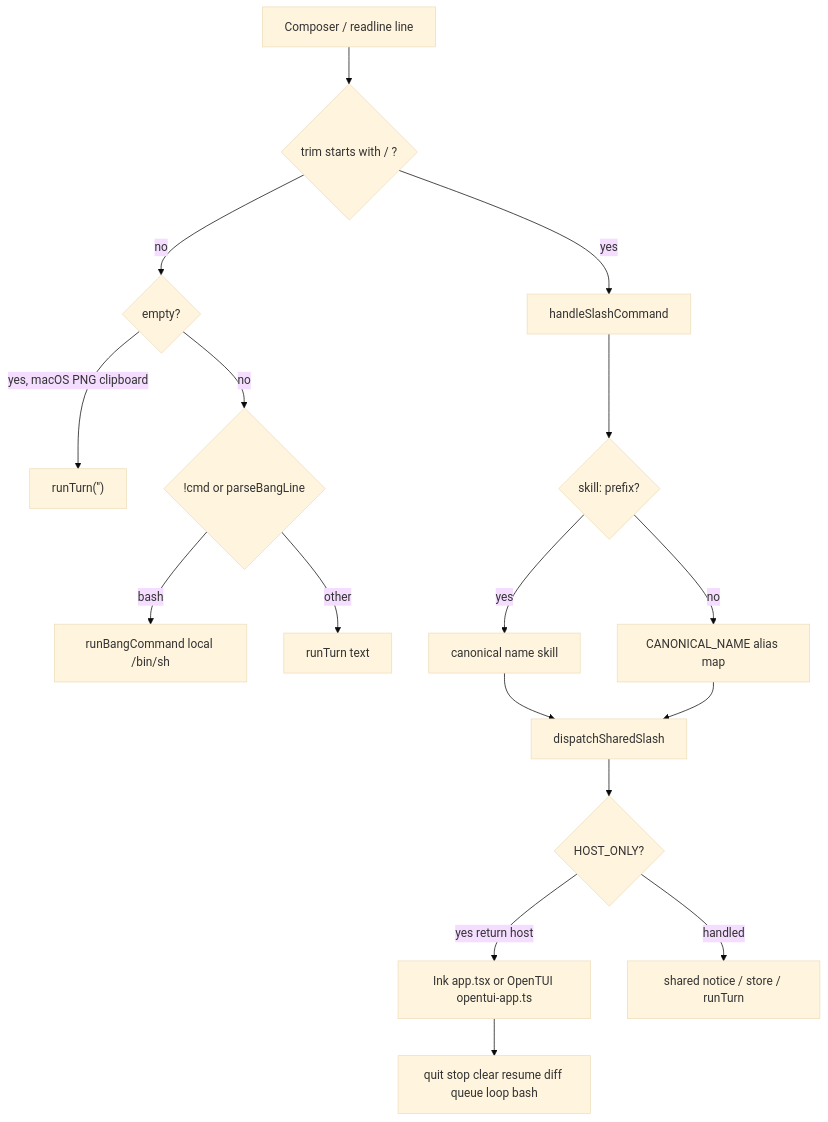
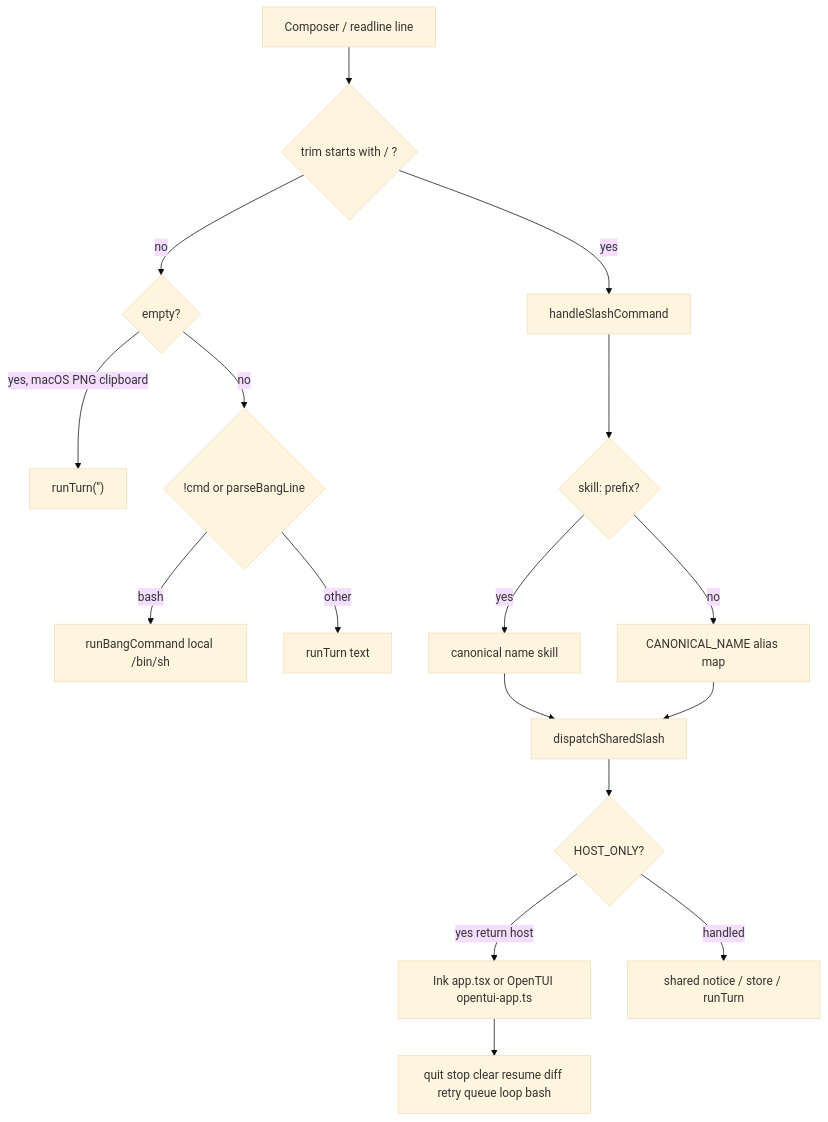
The first of 2 diagrams in SLASH_COMMANDS.md (YeonwooSung/RavenClaw), drawn with Mermaid (base theme) before and after one commit. The commit also changed other lines of this file and 8 other files, not shown here.

````diff
--- a/SLASH_COMMANDS.md
+++ b/SLASH_COMMANDS.md
@@ -27,19 +27,19 @@
 ```mermaid
 flowchart TD
   A["Composer / readline line"] --> B{"trim starts with / ?"}
   B -->|no| C{"empty?"}
   C -->|yes, macOS PNG clipboard| D["runTurn('')"]
   C -->|no| E{"!cmd or parseBangLine"}
   E -->|bash| F["runBangCommand local /bin/sh"]
   E -->|other| G["runTurn text"]
   B -->|yes| H["handleSlashCommand"]
   H --> I{"skill: prefix?"}
   I -->|yes| J["canonical name skill"]
   I -->|no| K["CANONICAL_NAME alias map"]
   J --> L["dispatchSharedSlash"]
   K --> L
   L --> M{"HOST_ONLY?"}
   M -->|yes return host| N["Ink app.tsx or OpenTUI opentui-app.ts"]
   M -->|handled| O["shared notice / store / runTurn"]
-  N --> P["quit stop clear resume diff queue loop bash"]
+  N --> P["quit stop clear resume diff retry queue loop bash"]
 ```
````
